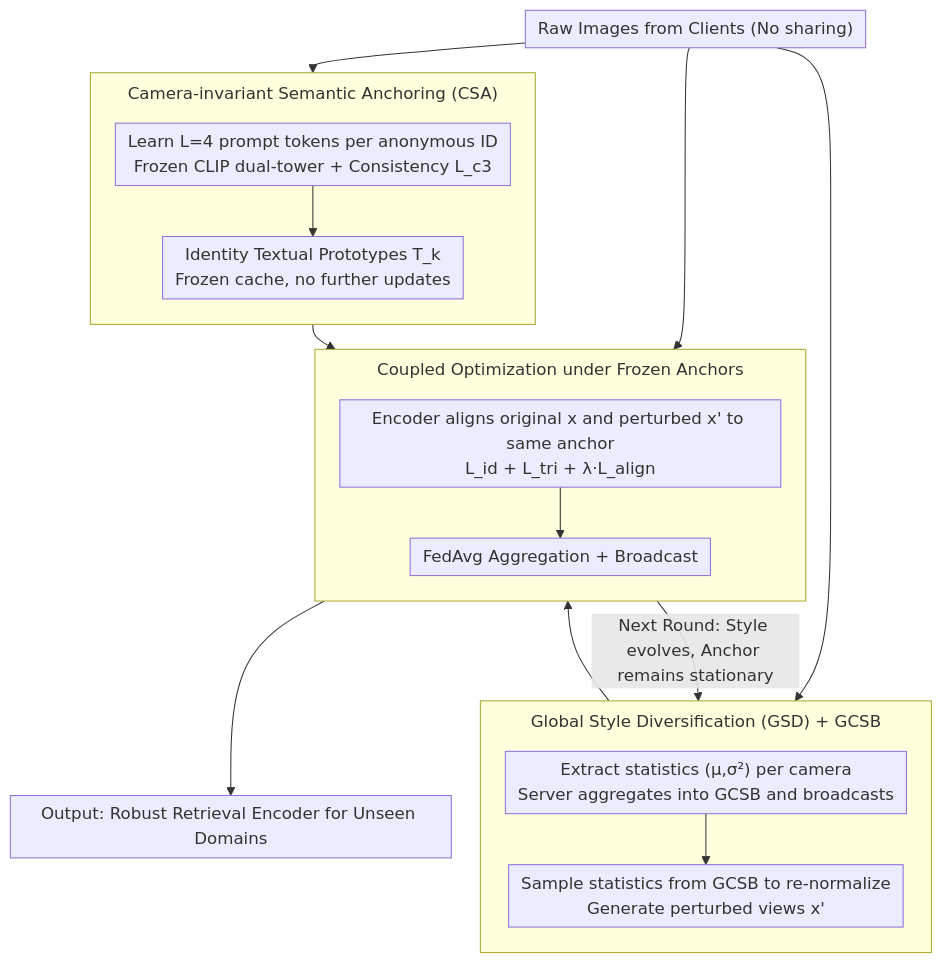
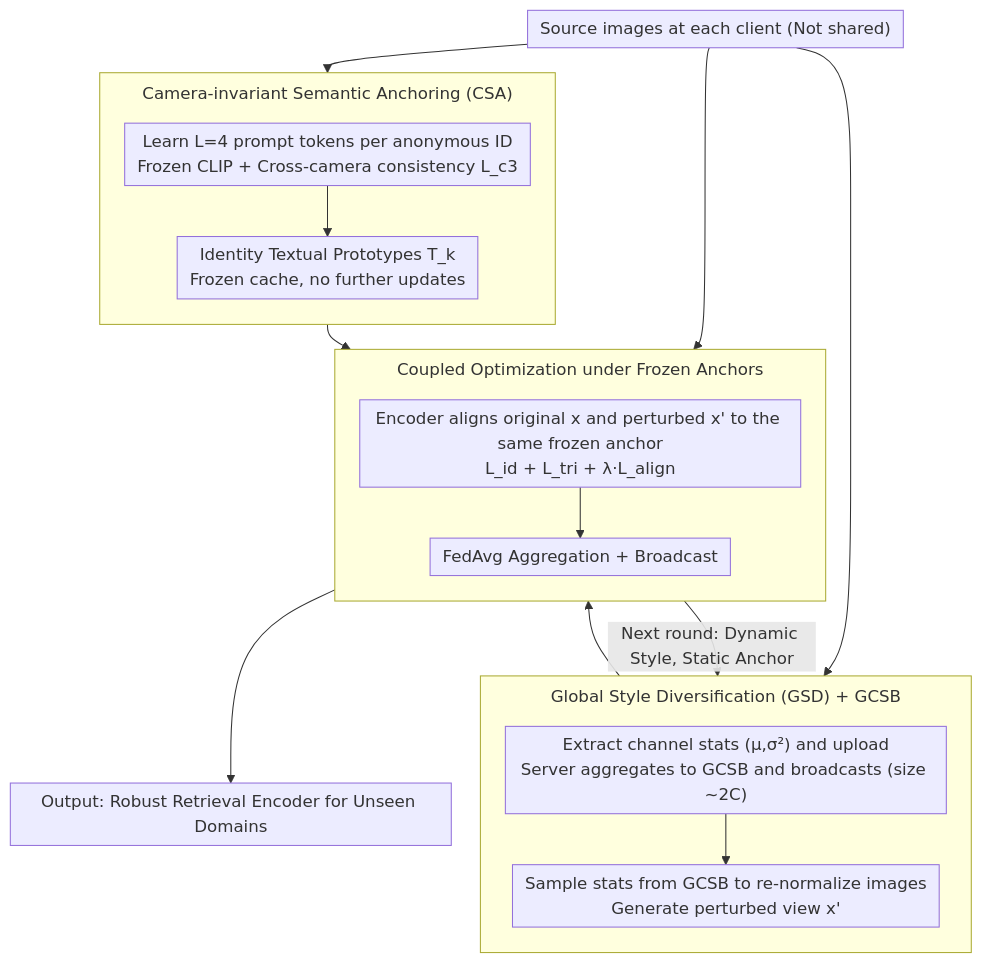
One commit to zhaoyang97/Paper-Notes-en changed the diagram in docs/ACL2026/multimodal_vlm/co-evo_co-evolving_semantic_anchoring_and_style_diversification_for_federated_dg.md. Above: the diagram before and after it, drawn with Mermaid. The commit also changed other lines of this file and 5084 other files, not shown here.

````diff
--- a/docs/ACL2026/multimodal_vlm/co-evo_co-evolving_semantic_anchoring_and_style_diversification_for_federated_dg.md
+++ b/docs/ACL2026/multimodal_vlm/co-evo_co-evolving_semantic_anchoring_and_style_diversification_for_federated_dg.md
@@ -42,23 +42,23 @@
 ```mermaid
 %%{init: {'flowchart': {'rankSpacing': 24, 'nodeSpacing': 28, 'padding': 6, 'wrappingWidth': 400, 'subGraphTitleMargin': {'top': 8, 'bottom': 16}}}}%%
 flowchart TD
-    A["Raw Images from Clients (No sharing)"] --> CSA
+    A["Source images at each client (Not shared)"] --> CSA
     A --> GSD
     subgraph CSA["Camera-invariant Semantic Anchoring (CSA)"]
         direction TB
-        B["Learn L=4 prompt tokens per anonymous ID<br/>Frozen CLIP dual-tower + Consistency L_c3"] --> C["Identity Textual Prototypes T_k<br/>Frozen cache, no further updates"]
+        B["Learn L=4 prompt tokens per anonymous ID<br/>Frozen CLIP + Cross-camera consistency L_c3"] --> C["Identity Textual Prototypes T_k<br/>Frozen cache, no further updates"]
     end
     subgraph GSD["Global Style Diversification (GSD) + GCSB"]
         direction TB
-        D["Extract statistics (μ,σ²) per camera<br/>Server aggregates into GCSB and broadcasts"] --> E["Sample statistics from GCSB to re-normalize<br/>Generate perturbed views x'"]
+        D["Extract channel stats (μ,σ²) and upload<br/>Server aggregates to GCSB and broadcasts (size ~2C)"] --> E["Sample stats from GCSB to re-normalize images<br/>Generate perturbed view x'"]
     end
     subgraph LOOP["Coupled Optimization under Frozen Anchors"]
         direction TB
-        F["Encoder aligns original x and perturbed x' to same anchor<br/>L_id + L_tri + λ·L_align"] --> G["FedAvg Aggregation + Broadcast"]
+        F["Encoder aligns original x and perturbed x' to the same frozen anchor<br/>L_id + L_tri + λ·L_align"] --> G["FedAvg Aggregation + Broadcast"]
     end
     A --> F
     C --> F
     E --> F
-    G -->|"Next Round: Style evolves, Anchor remains stationary"| E
+    G -->|"Next round: Dynamic Style, Static Anchor"| E
     G --> H["Output: Robust Retrieval Encoder for Unseen Domains"]
 ```
````
